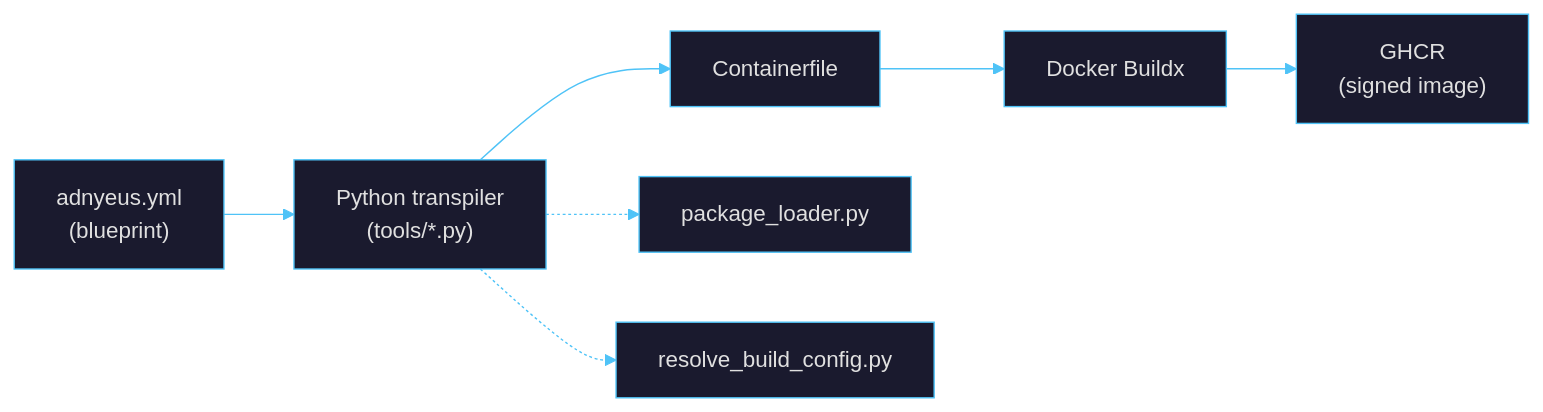
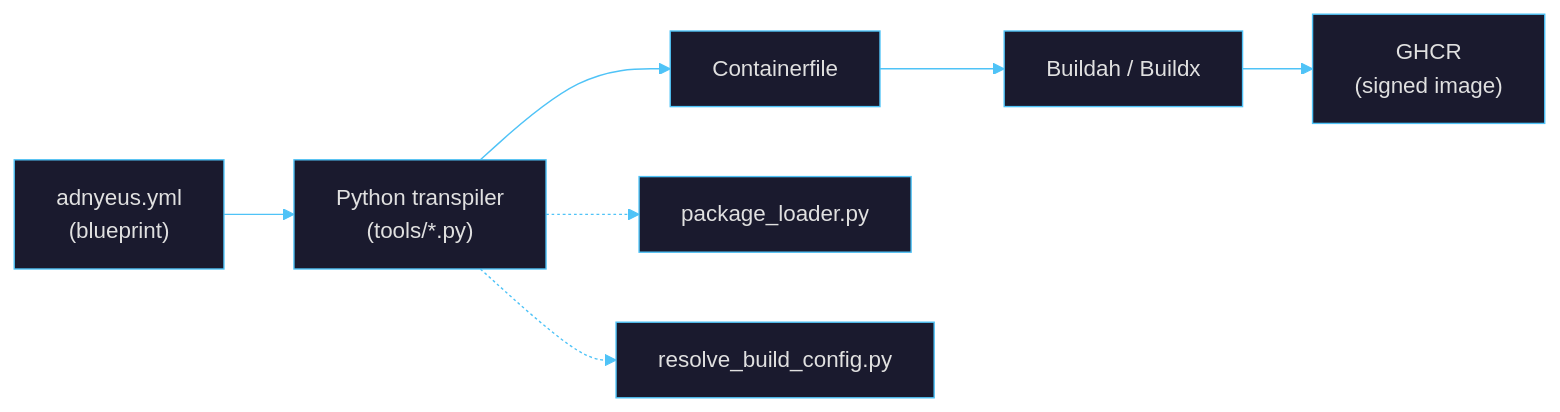
One commit to borninthedark/exousia changed the first of 2 diagrams in README.md. Above: the diagram before and after it, drawn with Mermaid. The commit also changed other lines of this file and 35 other files, not shown here.

````diff
--- a/README.md
+++ b/README.md
@@ -66,10 +67,10 @@
 ```mermaid
 %%{init: {'theme': 'base', 'themeVariables': {'primaryColor': '#1a1a2e', 'primaryTextColor': '#e0e0e0', 'primaryBorderColor': '#4fc3f7', 'lineColor': '#4fc3f7', 'secondaryColor': '#16213e', 'tertiaryColor': '#0f3460', 'edgeLabelBackground': '#1a1a2e'}}}%%
 graph LR
     A["adnyeus.yml<br/>(blueprint)"] --> B["Python transpiler<br/>(tools/*.py)"]
     B --> C["Containerfile"]
-    C --> D["Docker Buildx"]
+    C --> D["Buildah / Buildx"]
     D --> E["GHCR<br/>(signed image)"]
     B -.-> F["package_loader.py"]
     B -.-> G["resolve_build_config.py"]
 ```
````
